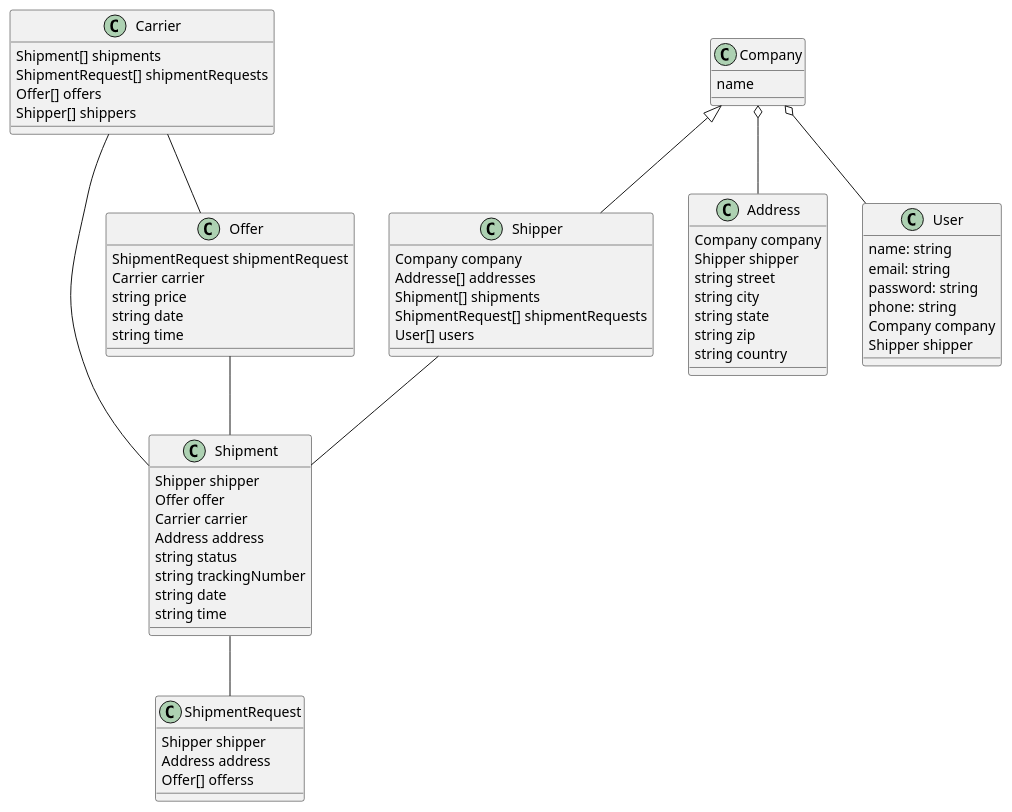
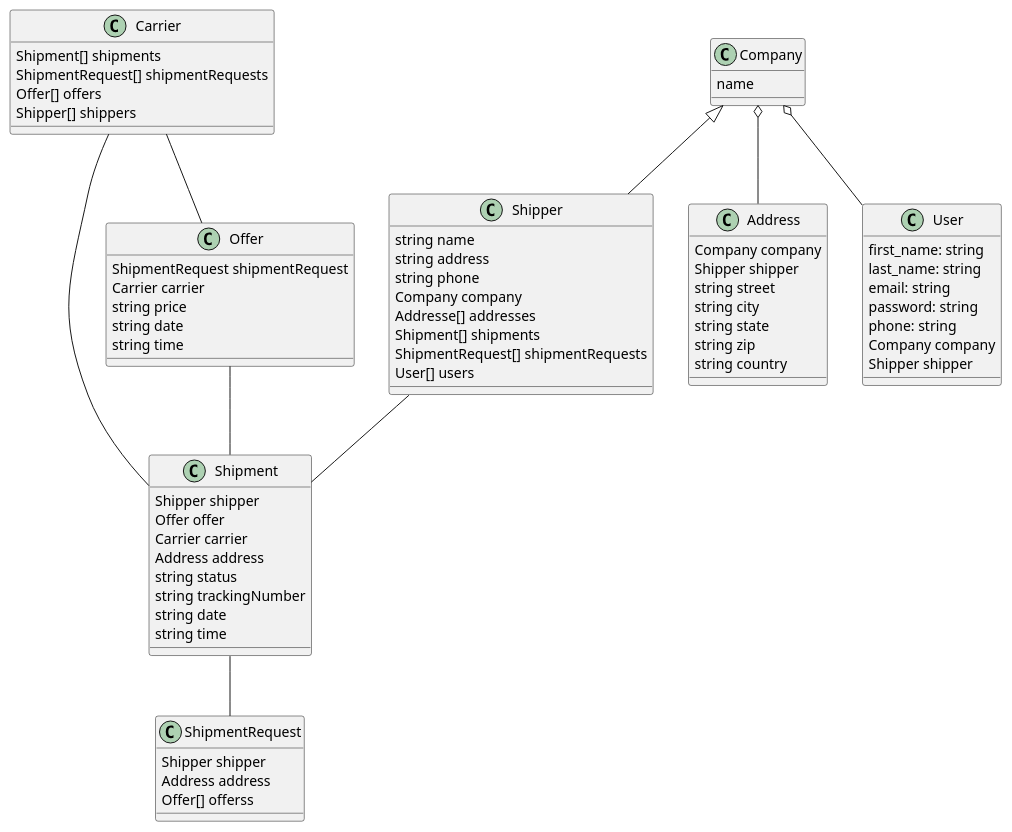
The diagram in fmp.plantuml (nooqta/freight-market-platform), drawn with PlantUML before and after one commit. The commit also changed 36 other files, not shown here.

```diff
--- a/fmp.plantuml
+++ b/fmp.plantuml
@@ -1,66 +1,70 @@
 @startuml
 class Shipper {
+    string name
+    string address
+    string phone
     Company company
     Addresse[] addresses
     Shipment[] shipments
     ShipmentRequest[] shipmentRequests
     User[] users
 }
 class Carrier {
     Shipment[] shipments
     ShipmentRequest[] shipmentRequests
     Offer[] offers
     Shipper[] shippers
 }
 class ShipmentRequest {
     Shipper shipper
     Address address
     Offer[] offerss
 }
 class Company {
     name
 }
 
 class Address {
     Company company
     Shipper shipper
     string street
     string city
     string state
     string zip
     string country
 }
 class User {
-    name: string
+    first_name: string
+    last_name: string
     email: string
     password: string
     phone: string
     Company company
     Shipper shipper
 }
 class Shipment {
     Shipper shipper
     Offer offer
     Carrier carrier
     Address address
     string status
     string trackingNumber
     string date
     string time
 }
 class Offer {
     ShipmentRequest shipmentRequest
     Carrier carrier
     string price
     string date
     string time
 }
 Company <|-- Shipper
 Company o-- User
 Company o-- Address
 Shipper -- Shipment
 Shipment -- ShipmentRequest
 Carrier -- Shipment
 Carrier -- Offer
 Offer -- Shipment
 @enduml
```
